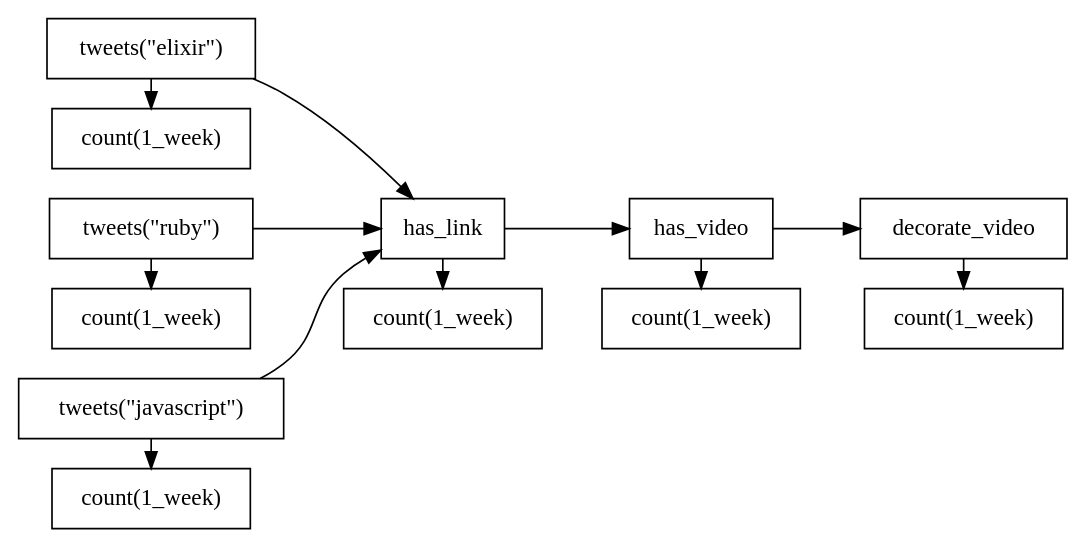
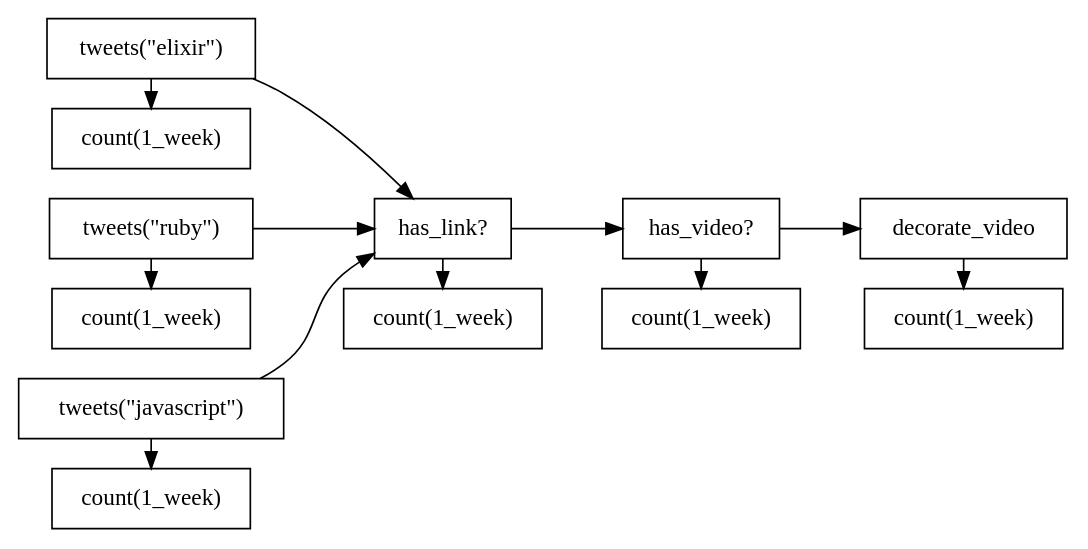
One commit to knewter/probably_worth_watching.ex changed the diagram in probably_worth_watching.dot. Above: the diagram before and after it, drawn with Graphviz. The commit also changed 1 other file, not shown here.

```diff
--- a/probably_worth_watching.dot
+++ b/probably_worth_watching.dot
@@ -1,54 +1,56 @@
 digraph probably_worth_watching {
   rankdir=LR;
   node [shape = box];
 
   tweets_elixir -> has_link;
   tweets_ruby -> has_link;
   tweets_javascript -> has_link;
   has_link -> has_video -> decorate_video;
 
   tweets_elixir -> count_7d_elixir;
   tweets_ruby -> count_7d_ruby;
   tweets_javascript -> count_7d_javascript;
   has_link -> count_7d_has_link;
   has_video -> count_7d_has_video;
   decorate_video -> count_7d_decorate_video;
 
+  has_link [label="has_link?"]
+  has_video [label="has_video?"]
   tweets_elixir [label="tweets(\"elixir\")"];
   tweets_ruby [label="tweets(\"ruby\")"];
   tweets_javascript [label="tweets(\"javascript\")"];
   count_7d_elixir [label="count(1_week)"];
   count_7d_ruby [label="count(1_week)"];
   count_7d_javascript [label="count(1_week)"];
   count_7d_has_link [label="count(1_week)"];
   count_7d_has_video [label="count(1_week)"];
   count_7d_decorate_video [label="count(1_week)"];
 
   {
     rank = same;
     tweets_elixir;
     tweets_ruby;
     tweets_javascript;
     count_7d_elixir;
     count_7d_ruby;
     count_7d_javascript;
   }
 
   {
     rank = same;
     has_link;
     count_7d_has_link;
   }
 
   {
     rank = same;
     has_video;
     count_7d_has_video;
   }
 
   {
     rank = same;
     decorate_video;
     count_7d_decorate_video;
   }
 }
```
